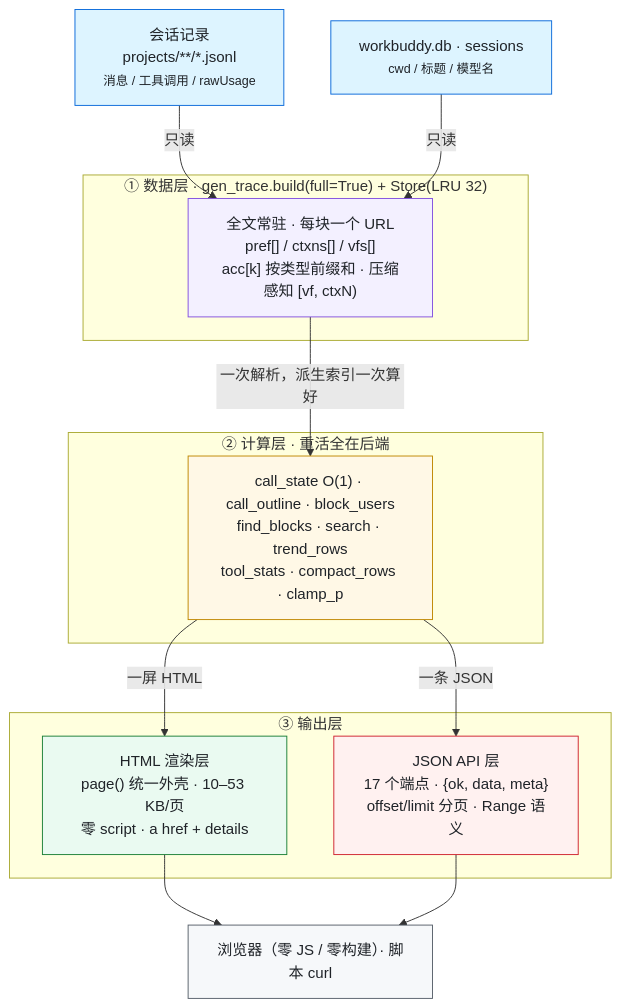
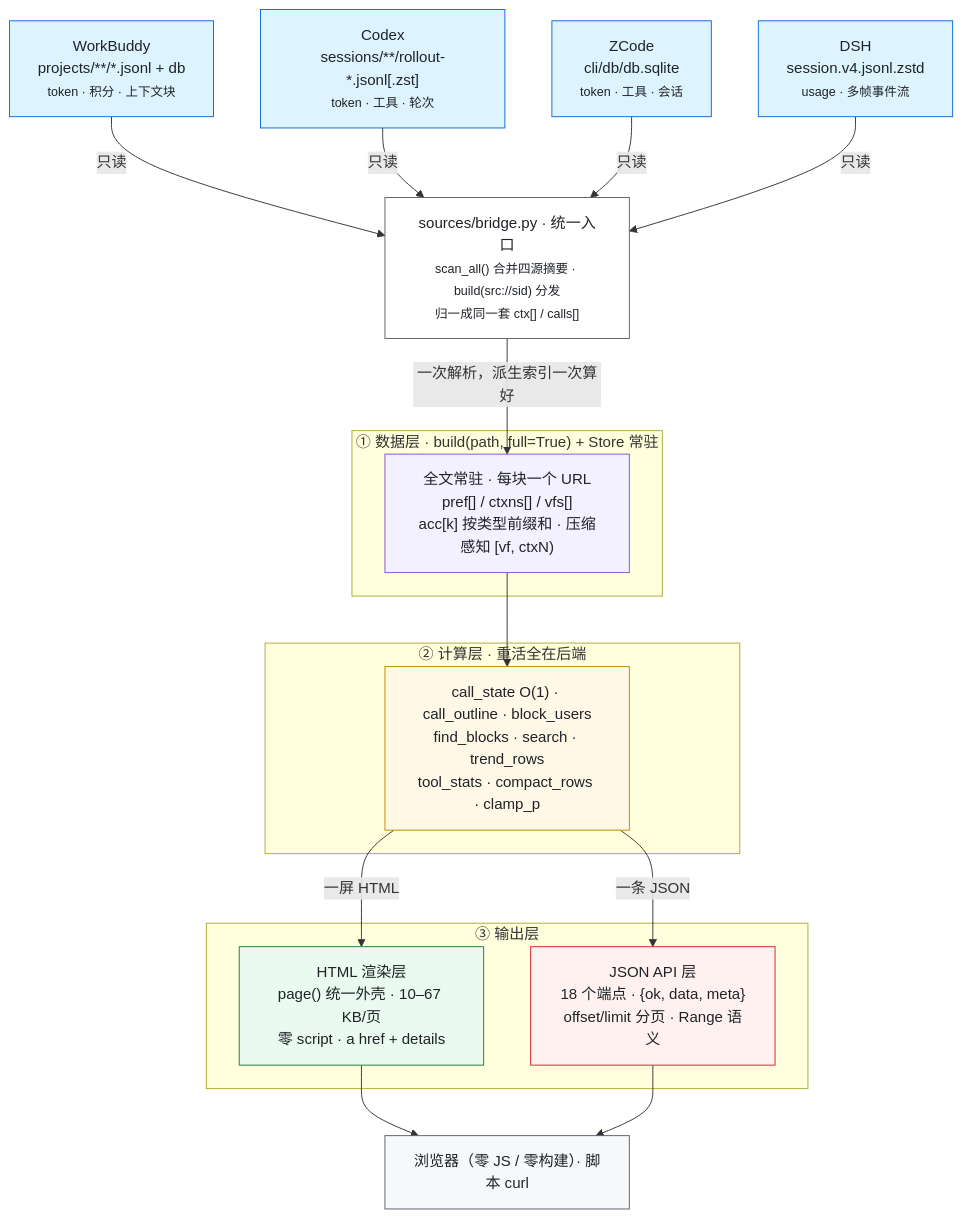
Before and after one commit to The-garden-of-sinner/token-trace: the diagram in docs/architecture.mmd, drawn with Mermaid. The commit also changed 9 other files, not shown here.

First line of the commit message:
docs: 重写 README 结构与配图；折线改 clip、首页按日、积分项按平台隐藏

```diff
--- a/docs/architecture.mmd
+++ b/docs/architecture.mmd
@@ -1,42 +1,53 @@
 %% Token 轨迹 · 架构图源文件
 %% 改结构时先改本文件，再导出 docs/architecture.svg（README 引用的是 SVG）。
 %% Mermaid 在线渲染：https://mermaid.live/
 flowchart TB
-    A["会话记录<br/>projects/**/*.jsonl<br/><small>消息 / 工具调用 / rawUsage</small>"]
-    B["workbuddy.db · sessions<br/><small>cwd / 标题 / 模型名</small>"]
-    A -->|只读| C
-    B -->|只读| C
+    A["WorkBuddy<br/>projects/**/*.jsonl + db<br/><small>token · 积分 · 上下文块</small>"]
+    B["Codex<br/>sessions/**/rollout-*.jsonl[.zst]<br/><small>token · 工具 · 轮次</small>"]
+    C["ZCode<br/>cli/db/db.sqlite<br/><small>token · 工具 · 会话</small>"]
+    D["DSH<br/>session.v4.jsonl.zstd<br/><small>usage · 多帧事件流</small>"]
 
-    subgraph L1["① 数据层 · gen_trace.build(full=True) + Store(LRU 32)"]
-        C["全文常驻 · 每块一个 URL<br/>pref[] / ctxns[] / vfs[]<br/>acc[k] 按类型前缀和 · 压缩感知 [vf, ctxN)"]
+    A -->|只读| E
+    B -->|只读| E
+    C -->|只读| E
+    D -->|只读| E
+
+    E["sources/bridge.py · 统一入口<br/><small>scan_all() 合并四源摘要 · build(src://sid) 分发<br/>归一成同一套 ctx[] / calls[]</small>"]
+
+    E -->|一次解析，派生索引一次算好| F
+
+    subgraph L1["① 数据层 · build(path, full=True) + Store 常驻"]
+        F["全文常驻 · 每块一个 URL<br/>pref[] / ctxns[] / vfs[]<br/>acc[k] 按类型前缀和 · 压缩感知 [vf, ctxN)"]
     end
 
-    C -->|一次解析，派生索引一次算好| D
+    F --> G
 
     subgraph L2["② 计算层 · 重活全在后端"]
-        D["call_state O(1) · call_outline · block_users<br/>find_blocks · search · trend_rows<br/>tool_stats · compact_rows · clamp_p"]
+        G["call_state O(1) · call_outline · block_users<br/>find_blocks · search · trend_rows<br/>tool_stats · compact_rows · clamp_p"]
     end
 
-    D -->|一屏 HTML| E
-    D -->|一条 JSON| F
+    G -->|一屏 HTML| H
+    G -->|一条 JSON| I
 
     subgraph L3["③ 输出层"]
-        E["HTML 渲染层<br/>page() 统一外壳 · 10–53 KB/页<br/>零 script · a href + details"]
-        F["JSON API 层<br/>17 个端点 · {ok, data, meta}<br/>offset/limit 分页 · Range 语义"]
+        H["HTML 渲染层<br/>page() 统一外壳 · 10–67 KB/页<br/>零 script · a href + details"]
+        I["JSON API 层<br/>18 个端点 · {ok, data, meta}<br/>offset/limit 分页 · Range 语义"]
     end
 
-    E --> G["浏览器（零 JS / 零构建）· 脚本 curl"]
-    F --> G
+    H --> J["浏览器（零 JS / 零构建）· 脚本 curl"]
+    I --> J
 
     classDef src fill:#ddf4ff,stroke:#0969da,color:#1f2328;
+    classDef bridge fill:#ffffff,stroke:#57606a,color:#1f2328;
     classDef data fill:#f3f0ff,stroke:#8250df,color:#1f2328;
     classDef calc fill:#fff8e6,stroke:#bf8700,color:#1f2328;
     classDef html fill:#eafaf1,stroke:#1a7f37,color:#1f2328;
     classDef api fill:#fff1f0,stroke:#cf222e,color:#1f2328;
     classDef term fill:#f6f8fa,stroke:#57606a,color:#1f2328;
-    class A,B src;
-    class C data;
-    class D calc;
-    class E html;
-    class F api;
-    class G term;
+    class A,B,C,D src;
+    class E bridge;
+    class F data;
+    class G calc;
+    class H html;
+    class I api;
+    class J term;
```
